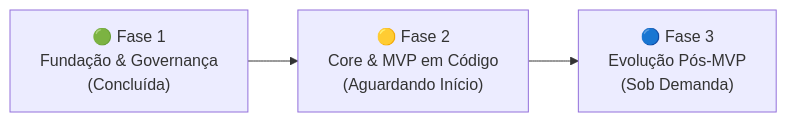
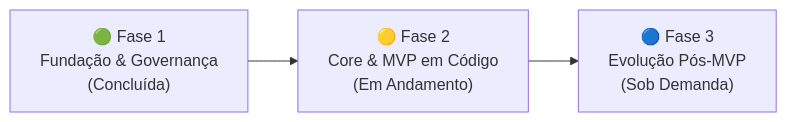
Before and after one commit to heviane/institutional-website-template: the diagram in docs/03-project-roadmap.md, drawn with Mermaid. The commit also changed other lines of this file and 4 other files, not shown here.

````diff
--- a/docs/03-project-roadmap.md
+++ b/docs/03-project-roadmap.md
@@ -9,5 +9,5 @@
 ```mermaid
 flowchart LR
-    A["🟢 Fase 1<br/>Fundação & Governança<br/>(Concluída)"] --> B["🟡 Fase 2<br/>Core & MVP em Código<br/>(Aguardando Início)"]
+    A["🟢 Fase 1<br/>Fundação & Governança<br/>(Concluída)"] --> B["🟡 Fase 2<br/>Core & MVP em Código<br/>(Em Andamento)"]
     B --> C["🔵 Fase 3<br/>Evolução Pós-MVP<br/>(Sob Demanda)"]
 ```
````
